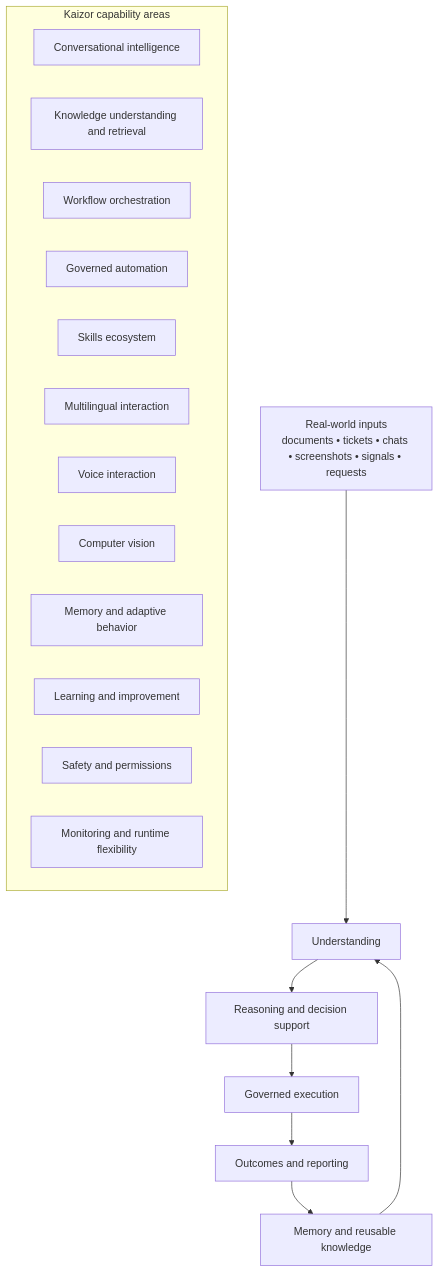
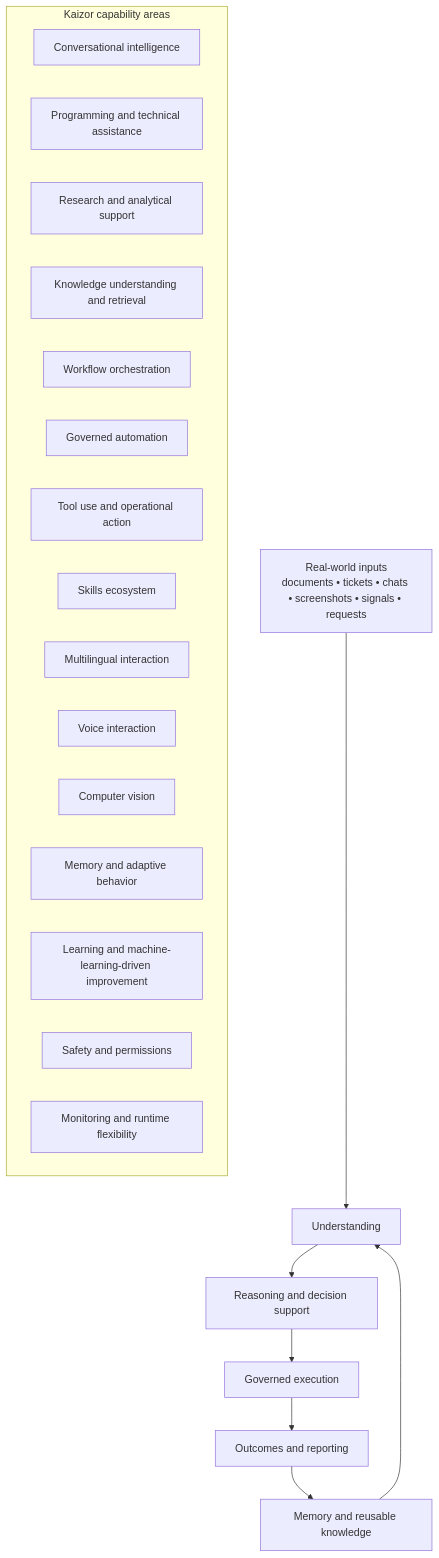
Before and after one commit to AhmedMira/kaizor-trial-release: the first of 6 diagrams in KAIZOR_PLATFORM_README.md, drawn with Mermaid. The commit also changed other lines of this file, not shown here.

````diff
--- a/KAIZOR_PLATFORM_README.md
+++ b/KAIZOR_PLATFORM_README.md
@@ -291,24 +352,27 @@
 ```mermaid
 flowchart TB
   A[Real-world inputs<br/>documents • tickets • chats • screenshots • signals • requests] --> B[Understanding]
   B --> C[Reasoning and decision support]
   C --> D[Governed execution]
   D --> E[Outcomes and reporting]
   E --> F[Memory and reusable knowledge]
   F --> B
 
   subgraph G[Kaizor capability areas]
     G1[Conversational intelligence]
-    G2[Knowledge understanding and retrieval]
-    G3[Workflow orchestration]
-    G4[Governed automation]
-    G5[Skills ecosystem]
-    G6[Multilingual interaction]
-    G7[Voice interaction]
-    G8[Computer vision]
-    G9[Memory and adaptive behavior]
-    G10[Learning and improvement]
-    G11[Safety and permissions]
-    G12[Monitoring and runtime flexibility]
+    G2[Programming and technical assistance]
+    G3[Research and analytical support]
+    G4[Knowledge understanding and retrieval]
+    G5[Workflow orchestration]
+    G6[Governed automation]
+    G7[Tool use and operational action]
+    G8[Skills ecosystem]
+    G9[Multilingual interaction]
+    G10[Voice interaction]
+    G11[Computer vision]
+    G12[Memory and adaptive behavior]
+    G13[Learning and machine-learning-driven improvement]
+    G14[Safety and permissions]
+    G15[Monitoring and runtime flexibility]
   end
 ```
````
